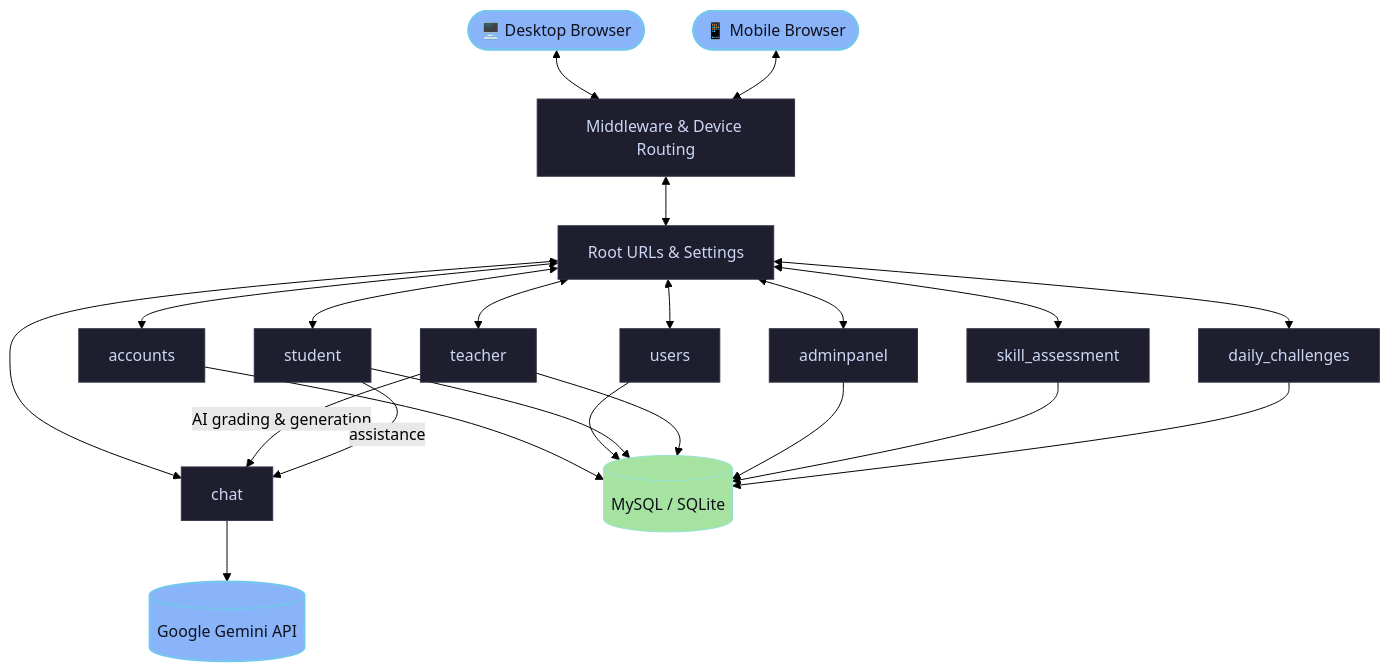
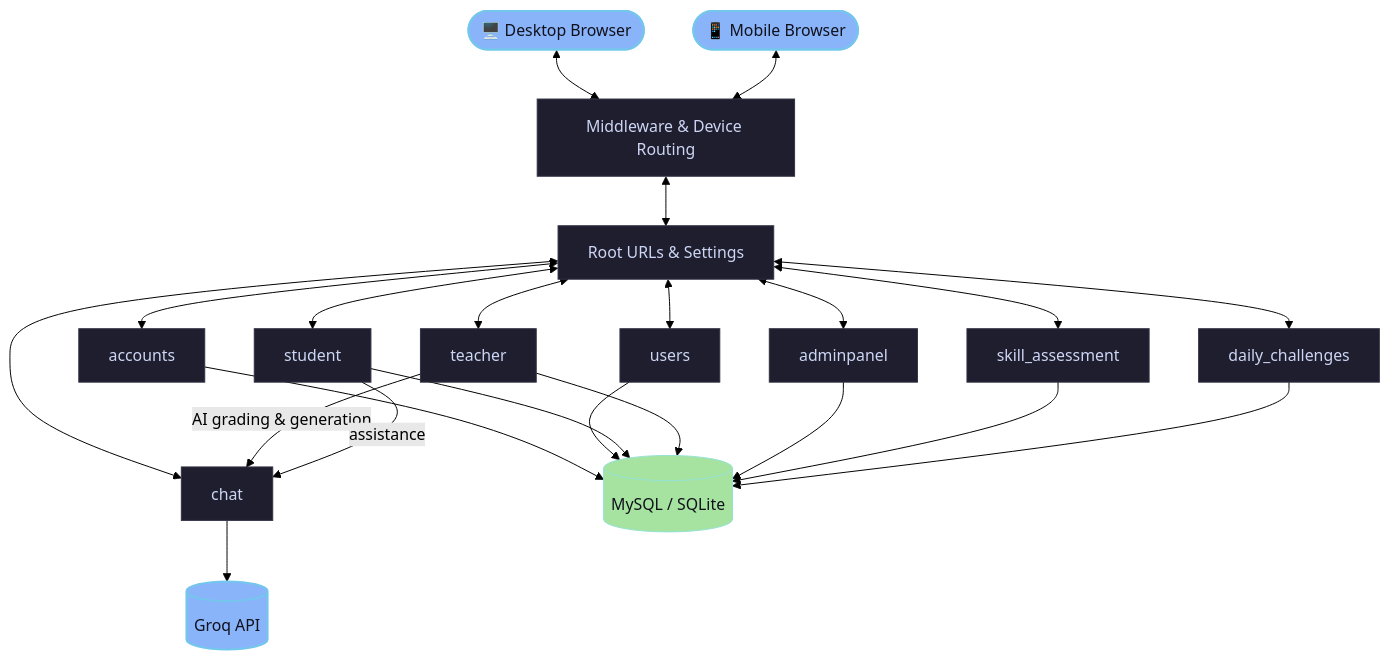
The diagram in README.md (Mubashir-114/kodehax_academy), drawn with Mermaid (forest theme) before and after one commit. The commit also changed other lines of this file and 20 other files, not shown here.

````diff
--- a/README.md
+++ b/README.md
@@ -48,27 +48,27 @@
 ```mermaid
 flowchart TB
     A1([🖥️ Desktop Browser]) <--> M[Middleware & Device Routing]
     A2([📱 Mobile Browser]) <--> M
     M <--> R[Root URLs & Settings]
 
     R <--> ACC[accounts]
     R <--> USR[users]
     R <--> STU[student]
     R <--> TCH[teacher]
     R <--> ADM[adminpanel]
     R <--> SKA[skill_assessment]
     R <--> DLC[daily_challenges]
     R <--> CHT[chat]
 
     ACC & USR & STU & TCH & ADM & SKA & DLC --> DB[(MySQL / SQLite)]
     TCH -- AI grading & generation --> CHT
     STU -- assistance --> CHT
-    CHT --> GEM[(Google Gemini API)]
+    CHT --> GEM[(Groq API)]
 
     classDef default fill:#1E1E2E,stroke:#313244,stroke-width:1px,color:#CDD6F4;
     classDef highlight fill:#89B4FA,stroke:#74C7EC,stroke-width:2px,color:#11111B;
     classDef storage fill:#A6E3A1,stroke:#94E2D5,stroke-width:1px,color:#11111B;
 
     class A1,A2,GEM highlight;
     class DB storage;
 ```
````
